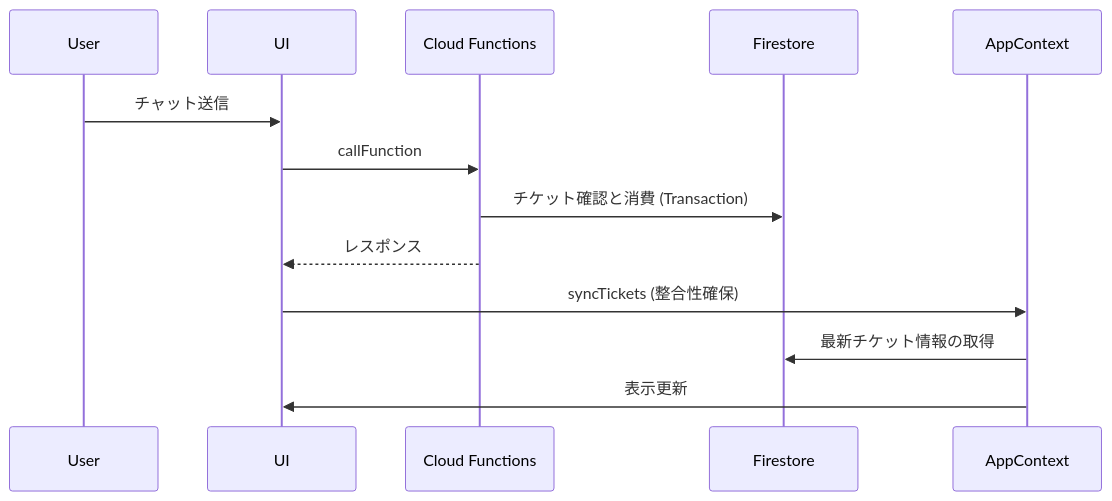
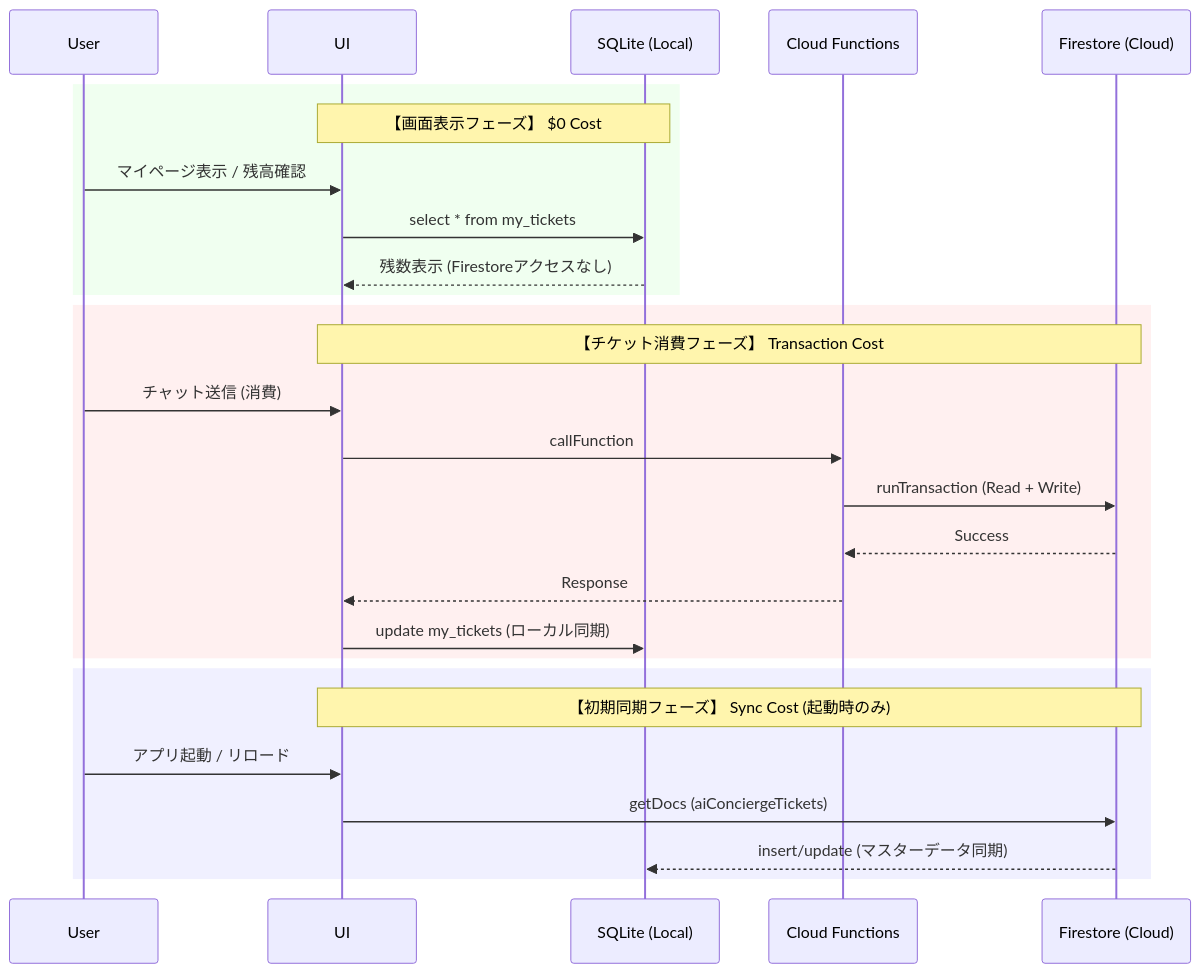
Before and after one commit to cloud-solutions-ttakeuchi/wedive: the eighth of 8 diagrams in DATABASE_DESIGN.md, drawn with Mermaid. The commit also changed other lines of this file, not shown here.

Commit message:
コンシェルジュ機能解放

````diff
--- a/DATABASE_DESIGN.md
+++ b/DATABASE_DESIGN.md
@@ -811,16 +812,32 @@
 ```mermaid
 sequenceDiagram
     participant User
     participant UI
+    participant LocalDB as SQLite (Local)
     participant BE as Cloud Functions
-    participant FS as Firestore
-    participant App as AppContext
+    participant FS as Firestore (Cloud)
 
-    User->>UI: チャット送信
+    rect rgb(240, 255, 240)
+    note over UI, LocalDB: 【画面表示フェーズ】 $0 Cost
+    User->>UI: マイページ表示 / 残高確認
+    UI->>LocalDB: select * from my_tickets
+    LocalDB-->>UI: 残数表示 (Firestoreアクセスなし)
+    end
+
+    rect rgb(255, 240, 240)
+    note over UI, FS: 【チケット消費フェーズ】 Transaction Cost
+    User->>UI: チャット送信 (消費)
     UI->>BE: callFunction
-    BE->>FS: チケット確認と消費 (Transaction)
-    BE-->>UI: レスポンス
-    UI->>App: syncTickets (整合性確保)
-    App->>FS: 最新チケット情報の取得
-    App->>UI: 表示更新
+    BE->>FS: runTransaction (Read + Write)
+    FS-->>BE: Success
+    BE-->>UI: Response
+    UI->>LocalDB: update my_tickets (ローカル同期)
+    end
+
+    rect rgb(240, 240, 255)
+    note over UI, FS: 【初期同期フェーズ】 Sync Cost (起動時のみ)
+    User->>UI: アプリ起動 / リロード
+    UI->>FS: getDocs (aiConciergeTickets)
+    FS-->>LocalDB: insert/update (マスターデータ同期)
+    end
 ```
````
